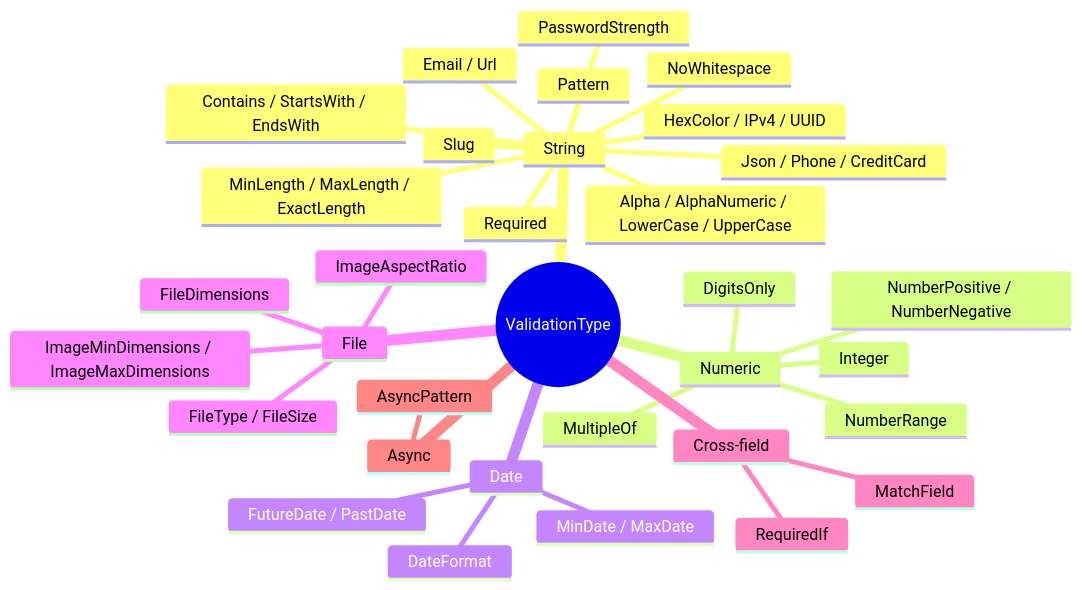
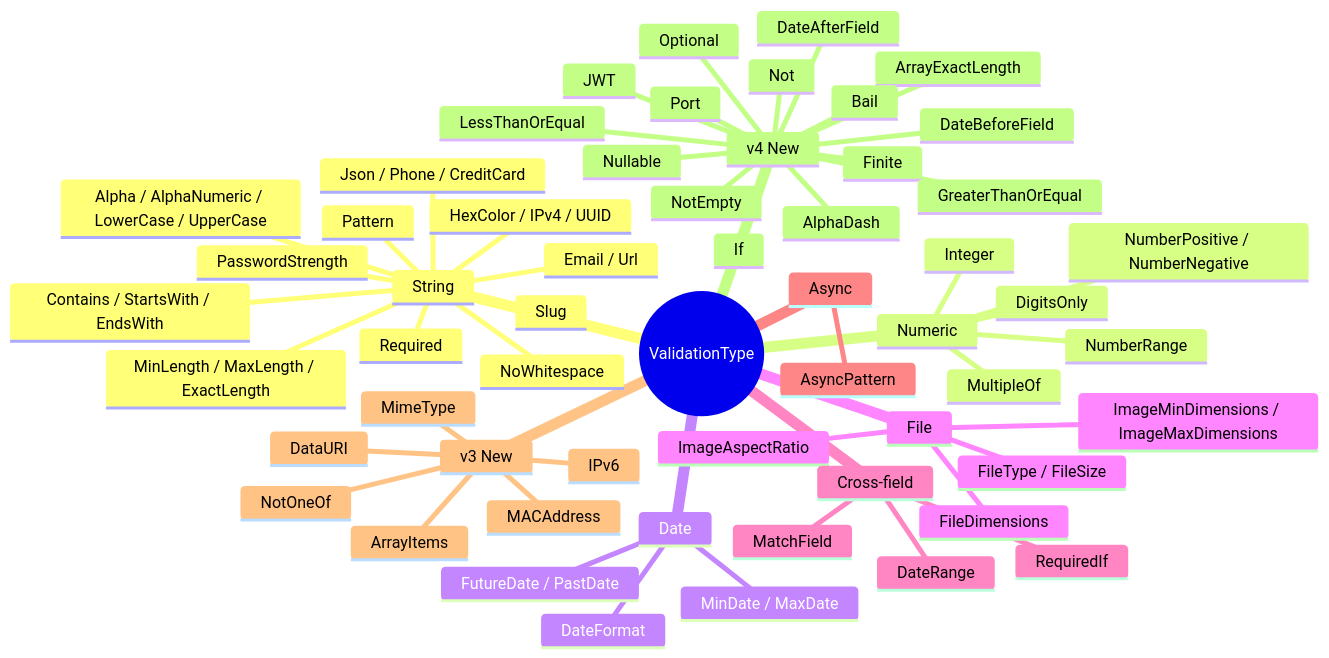
Before and after one commit to UBF21/Vali-Valid: the diagram in docs/en/validators.md, drawn with Mermaid. The commit also changed other lines of this file and 45 other files, not shown here.

````diff
--- a/docs/en/validators.md
+++ b/docs/en/validators.md
@@ -9,36 +9,60 @@
 ```mermaid
 mindmap
   root((ValidationType))
     String
       Required
       MinLength / MaxLength / ExactLength
       Email / Url
       Alpha / AlphaNumeric / LowerCase / UpperCase
       NoWhitespace
       Contains / StartsWith / EndsWith
       Slug
       PasswordStrength
       HexColor / IPv4 / UUID
       Json / Phone / CreditCard
       Pattern
     Numeric
       DigitsOnly
       NumberRange
       NumberPositive / NumberNegative
       Integer
       MultipleOf
     Date
       DateFormat
       MinDate / MaxDate
       FutureDate / PastDate
     File
       FileType / FileSize
       FileDimensions
       ImageAspectRatio
       ImageMinDimensions / ImageMaxDimensions
     Cross-field
       MatchField
       RequiredIf
+      DateRange
     Async
       AsyncPattern
+    v3 New
+      NotOneOf
+      IPv6
+      MACAddress
+      DataURI
+      MimeType
+      ArrayItems
+    v4 New
+      AlphaDash
+      NotEmpty
+      JWT
+      Finite
+      Port
+      GreaterThanOrEqual
+      LessThanOrEqual
+      DateAfterField
+      DateBeforeField
+      ArrayExactLength
+      Not
+      If
+      Optional
+      Nullable
+      Bail
 ```
````
